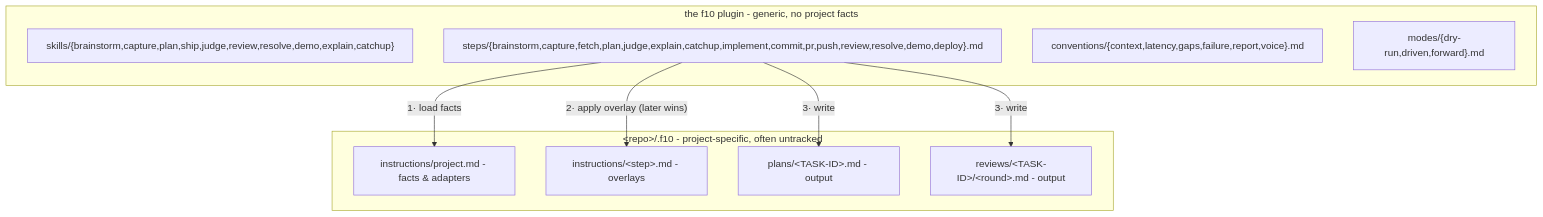
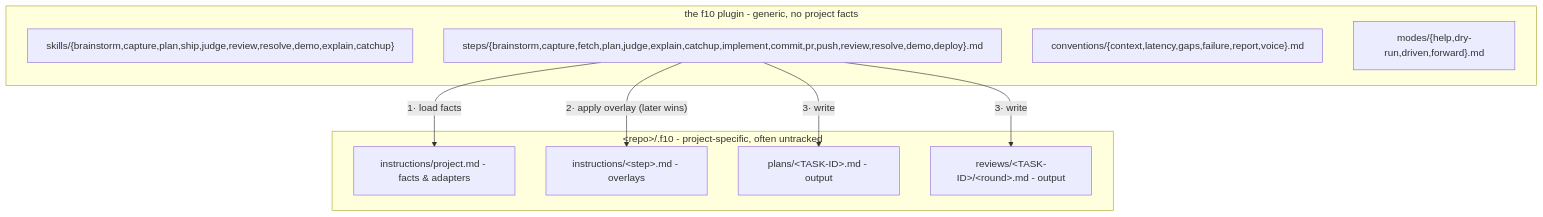
One commit to amberpixels/f10 changed the second of 2 diagrams in README.md. Above: the diagram before and after it, drawn with Mermaid. The commit also changed other lines of this file and 17 other files, not shown here.

````diff
--- a/README.md
+++ b/README.md
@@ -221,19 +222,19 @@
 ```mermaid
 flowchart TB
     subgraph plugin ["the f10 plugin - generic, no project facts"]
         skills2["skills/{brainstorm,capture,plan,ship,judge,review,resolve,demo,explain,catchup}"]
         gsteps["steps/{brainstorm,capture,fetch,plan,judge,explain,catchup,implement,commit,pr,push,review,resolve,demo,deploy}.md"]
         conv["conventions/{context,latency,gaps,failure,report,voice}.md"]
-        modes2["modes/{dry-run,driven,forward}.md"]
+        modes2["modes/{help,dry-run,driven,forward}.md"]
     end
     subgraph repo ["&lt;repo&gt;/.f10 - project-specific, often untracked"]
         proj["instructions/project.md - facts & adapters"]
         over["instructions/&lt;step&gt;.md - overlays"]
         plans2["plans/&lt;TASK-ID&gt;.md - output"]
         reviews2["reviews/&lt;TASK-ID&gt;/&lt;round&gt;.md - output"]
     end
     gsteps -- "1· load facts" --> proj
     gsteps -- "2· apply overlay (later wins)" --> over
     gsteps -- "3· write" --> plans2
     gsteps -- "3· write" --> reviews2
 ```
````
